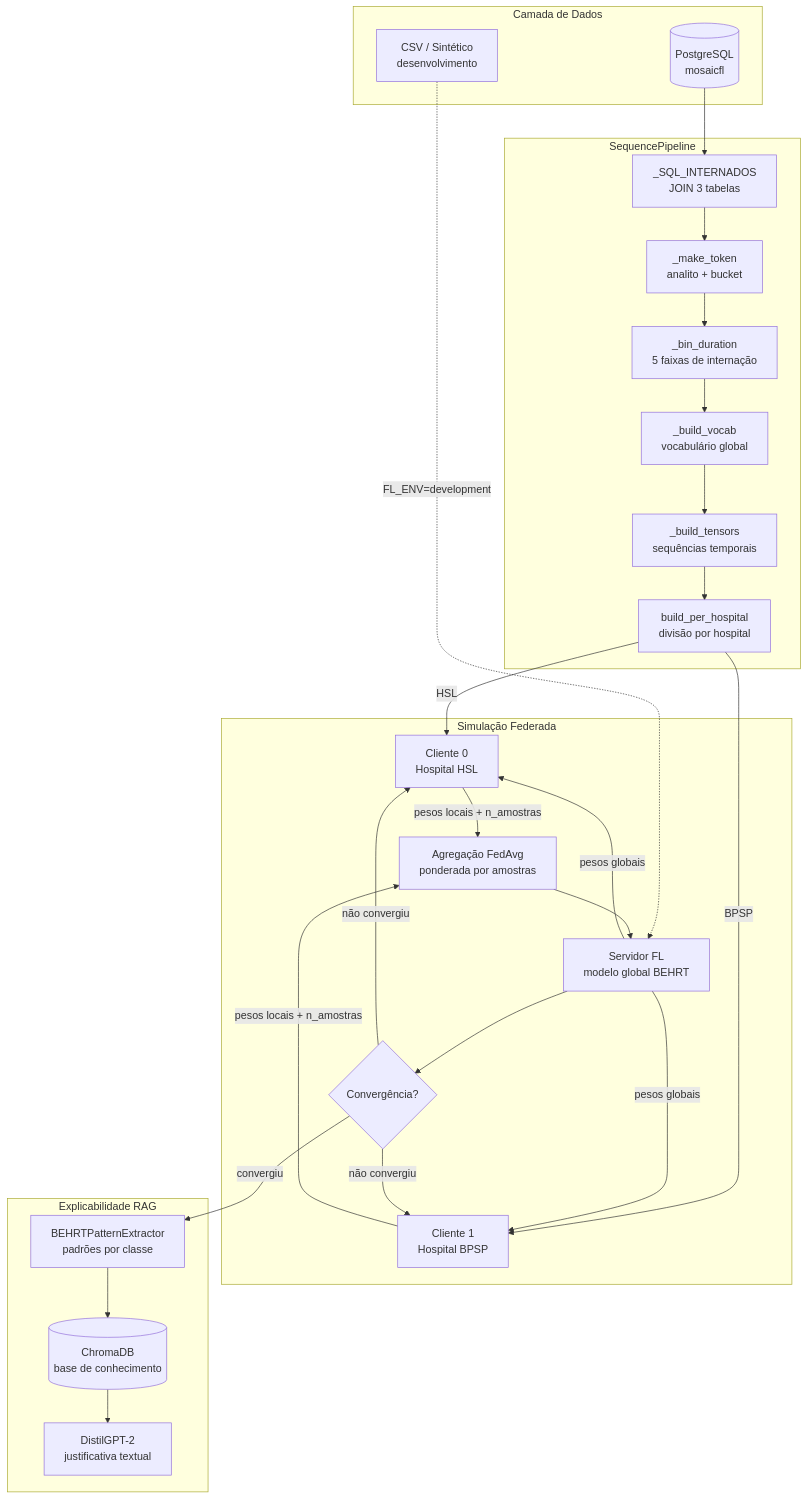
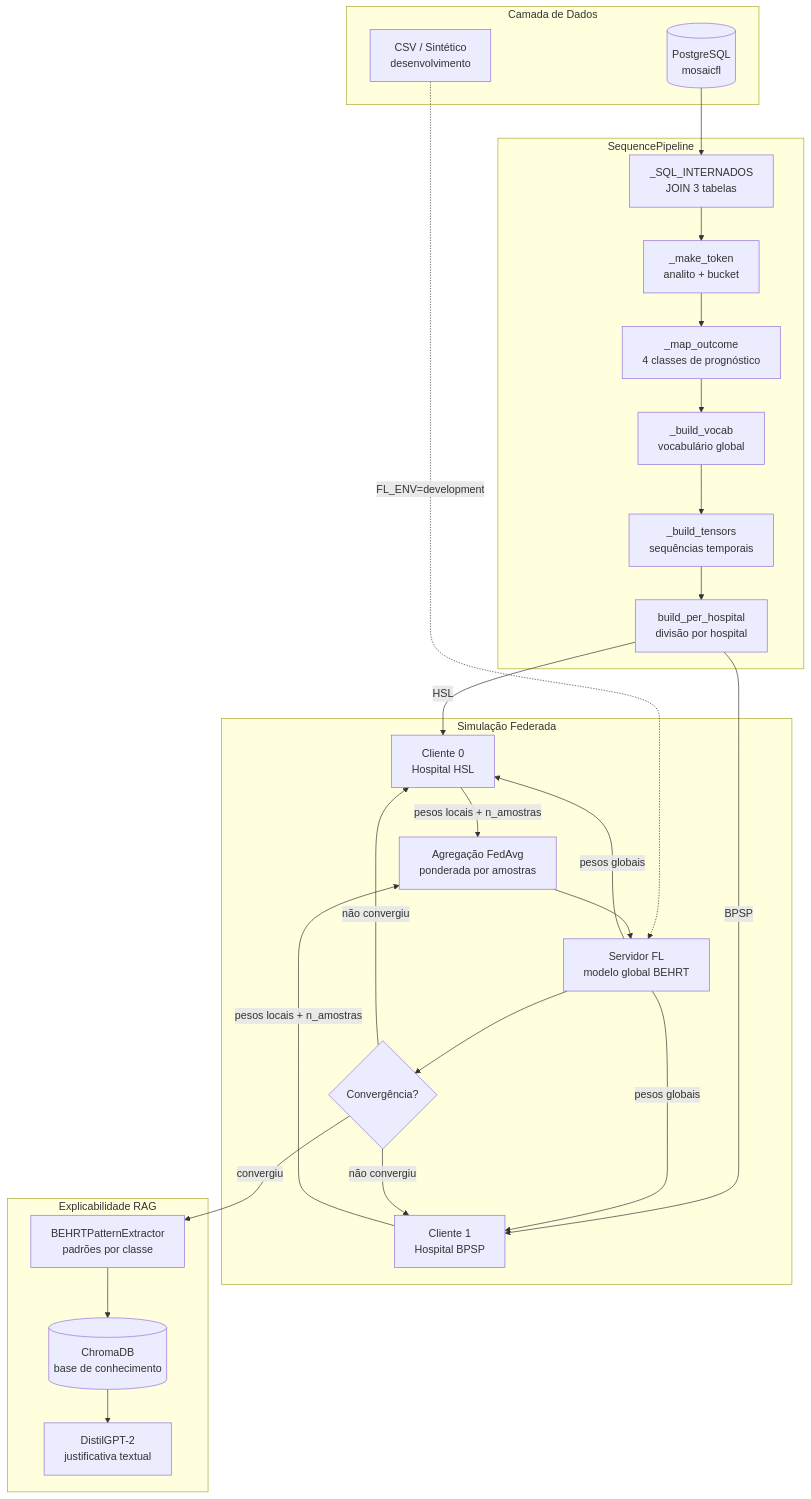
The first of 9 diagrams in docs/FLUXO_APRENDIZADO_FEDERADO.md (JacAbreu/mosaic-fl), drawn with Mermaid before and after one commit. The commit also changed other lines of this file and 21 other files, not shown here.

````diff
--- a/docs/FLUXO_APRENDIZADO_FEDERADO.md
+++ b/docs/FLUXO_APRENDIZADO_FEDERADO.md
@@ -29,46 +29,46 @@
 ```mermaid
 flowchart TD
     subgraph DADOS["Camada de Dados"]
         DB[(PostgreSQL\nmosaicfl)]
         CSV[CSV / Sintético\ndesenvolvimento]
     end
 
     subgraph PIPELINE["SequencePipeline"]
         SQL[_SQL_INTERNADOS\nJOIN 3 tabelas]
         TOKEN[_make_token\nanalito + bucket]
-        BIN[_bin_duration\n5 faixas de internação]
+        BIN[_map_outcome\n4 classes de prognóstico]
         VOCAB[_build_vocab\nvocabulário global]
         TENSORS[_build_tensors\nsequências temporais]
         SPLIT[build_per_hospital\ndivisão por hospital]
     end
 
     subgraph FL["Simulação Federada"]
         SERVER[Servidor FL\nmodelo global BEHRT]
         C1[Cliente 0\nHospital HSL]
         C2[Cliente 1\nHospital BPSP]
         AGG[Agregação FedAvg\nponderada por amostras]
         CONV{Convergência?}
     end
 
     subgraph RAG["Explicabilidade RAG"]
         EXTRACT[BEHRTPatternExtractor\npadrões por classe]
         CHROMA[(ChromaDB\nbase de conhecimento)]
         LLM[DistilGPT-2\njustificativa textual]
     end
 
     DB --> SQL
     CSV -.->|FL_ENV=development| SERVER
     SQL --> TOKEN --> BIN --> VOCAB --> TENSORS --> SPLIT
     SPLIT -->|HSL| C1
     SPLIT -->|BPSP| C2
     SERVER -->|pesos globais| C1
     SERVER -->|pesos globais| C2
     C1 -->|pesos locais + n_amostras| AGG
     C2 -->|pesos locais + n_amostras| AGG
     AGG --> SERVER
     SERVER --> CONV
     CONV -->|não convergiu| C1
     CONV -->|não convergiu| C2
     CONV -->|convergiu| EXTRACT
     EXTRACT --> CHROMA --> LLM
 ```
````
